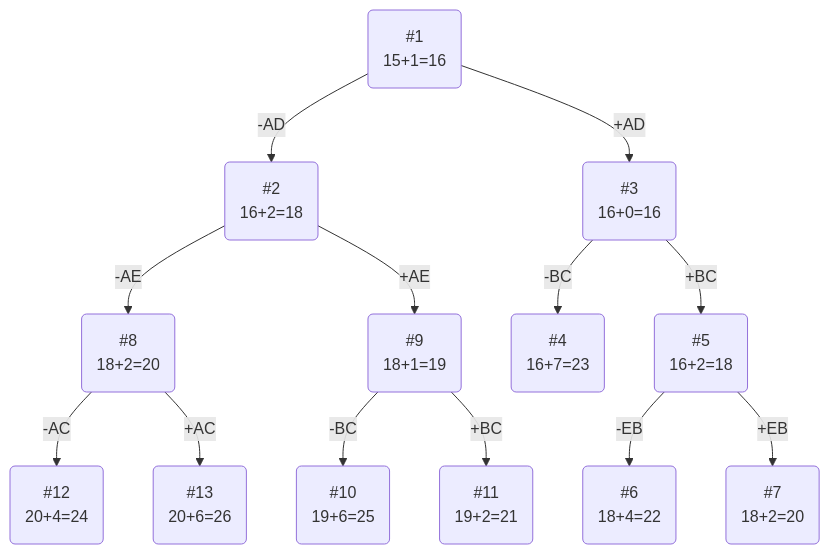
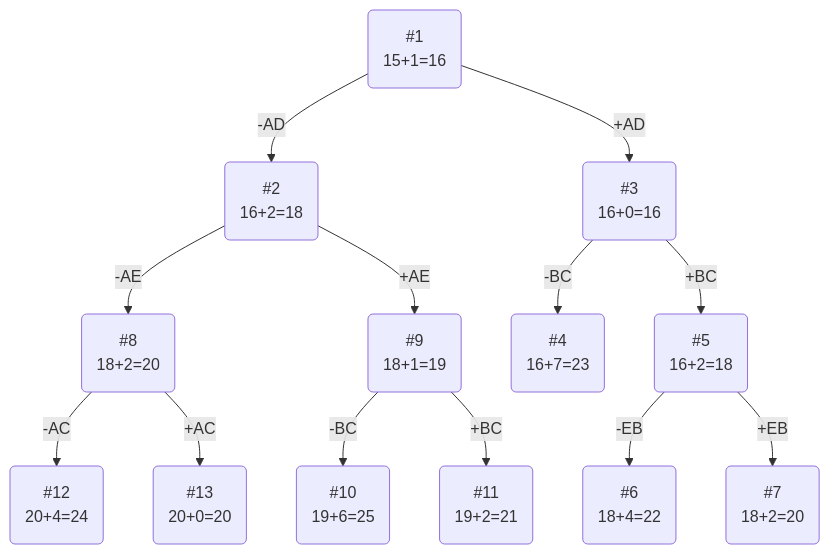
Before and after one commit to HSE-algo-23-crow/manual_tasks: the diagram in task_20/citrine.md, drawn with Mermaid. The commit also changed other lines of this file, not shown here.

````diff
--- a/task_20/citrine.md
+++ b/task_20/citrine.md
@@ -78,15 +78,15 @@
 ```mermaid
 graph TB
     1(#1\n15+1=16)-->|-AD|2(#2\n16+2=18)
     1-->|+AD|3(#3\n16+0=16)
     3-->|-BC|4(#4\n16+7=23)
     3-->|+BC|5(#5\n16+2=18)
     5-->|-EB|6(#6\n18+4=22)
     5-->|+EB|7(#7\n18+2=20)
     2-->|-AE|8(#8\n18+2=20)
     2-->|+AE|9(#9\n18+1=19)
     9-->|-BC|10(#10\n19+6=25)
     9-->|+BC|11(#11\n19+2=21)
     8-->|-AC|12(#12\n20+4=24)
-    8-->|+AC|13(#13\n20+6=26)
+    8-->|+AC|13(#13\n20+0=20)
 ```
````
